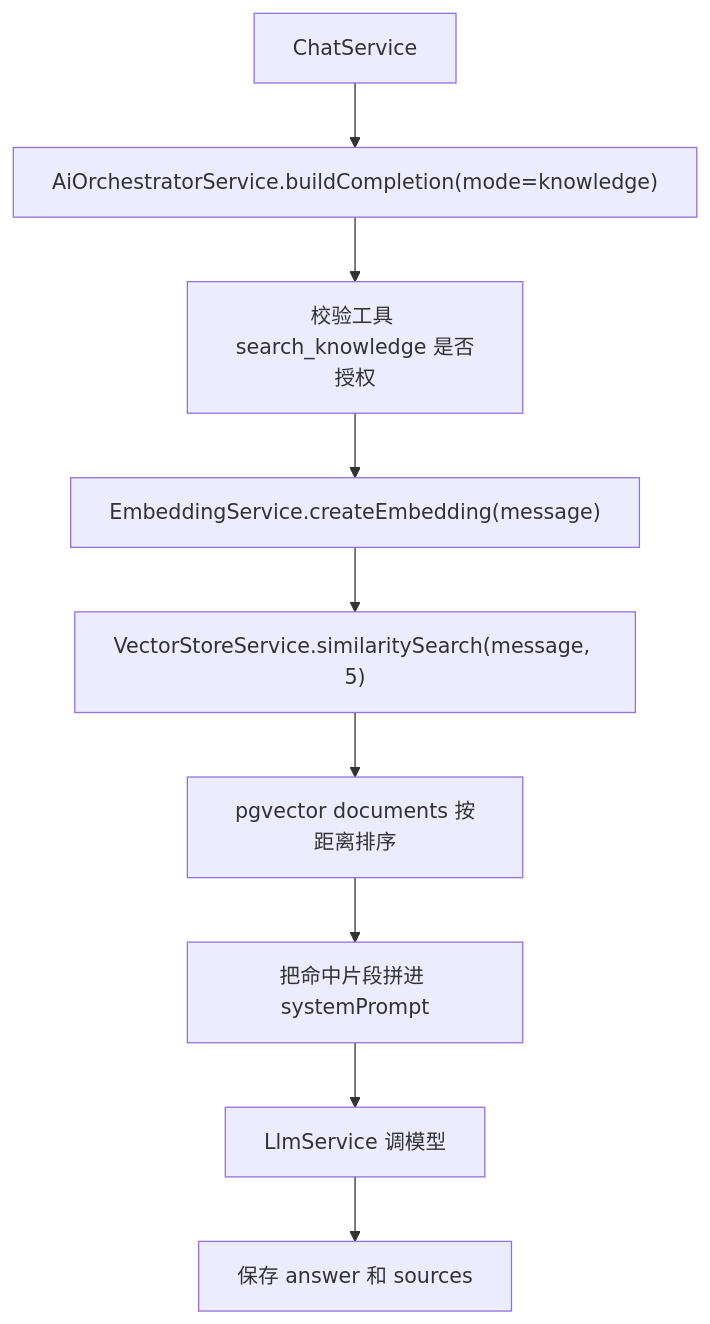
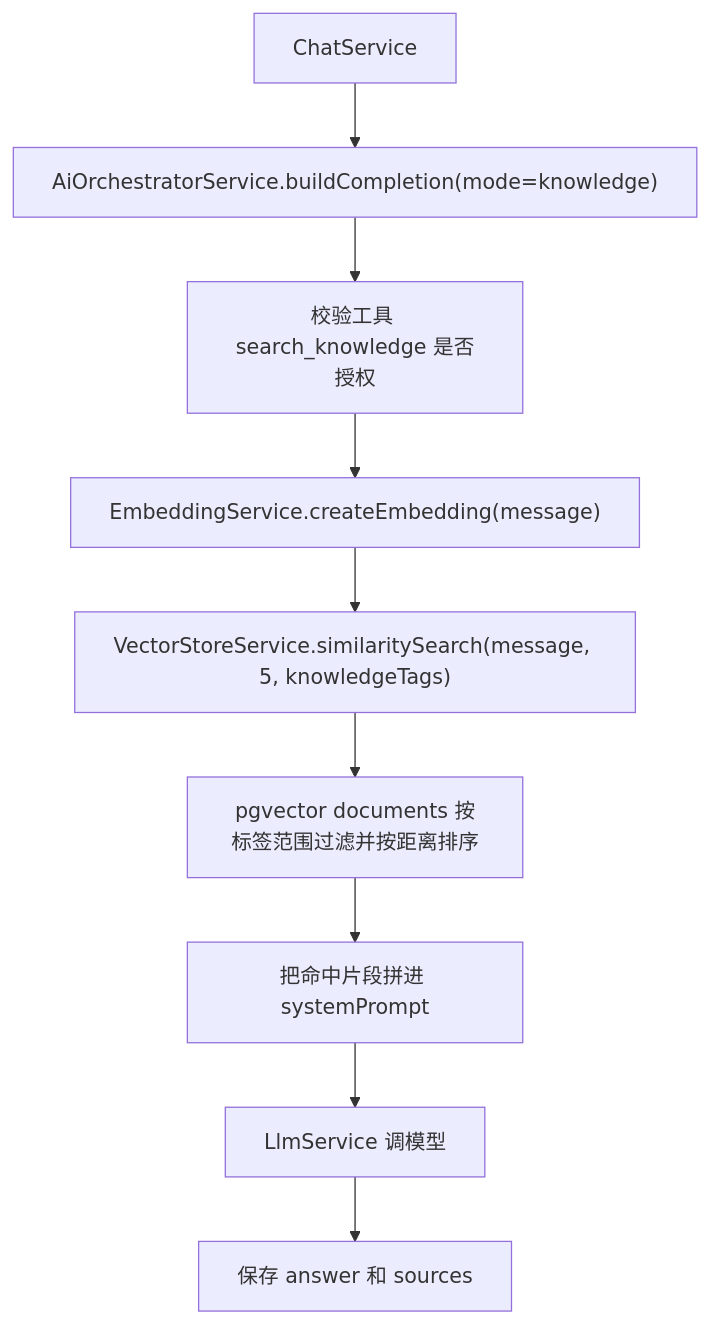
The seventh of 9 diagrams in doc/code/AIEngine/ai-flow-guide.md (xuqiang12/nestjs-prisma), drawn with Mermaid before and after one commit. The commit also changed other lines of this file and 35 other files, not shown here.

````diff
--- a/doc/code/AIEngine/ai-flow-guide.md
+++ b/doc/code/AIEngine/ai-flow-guide.md
@@ -627,11 +632,11 @@
 ```mermaid
 flowchart TD
   A["ChatService"] --> B["AiOrchestratorService.buildCompletion(mode=knowledge)"]
   B --> C["校验工具 search_knowledge 是否授权"]
   C --> D["EmbeddingService.createEmbedding(message)"]
-  D --> E["VectorStoreService.similaritySearch(message, 5)"]
-  E --> F["pgvector documents 按距离排序"]
+  D --> E["VectorStoreService.similaritySearch(message, 5, knowledgeTags)"]
+  E --> F["pgvector documents 按标签范围过滤并按距离排序"]
   F --> G["把命中片段拼进 systemPrompt"]
   G --> H["LlmService 调模型"]
   H --> I["保存 answer 和 sources"]
 ```
````
